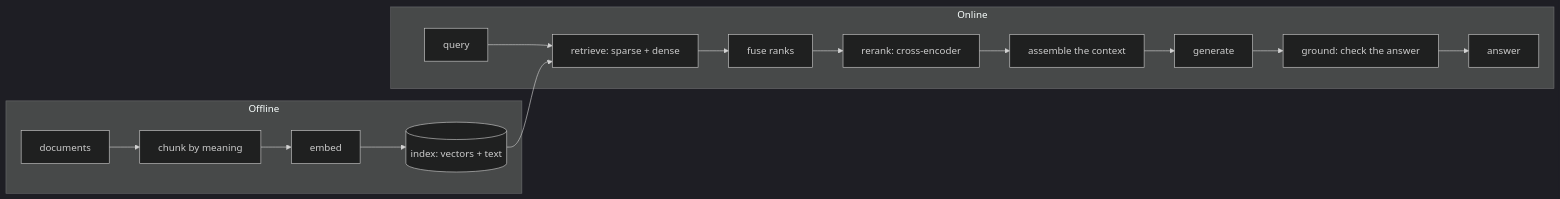
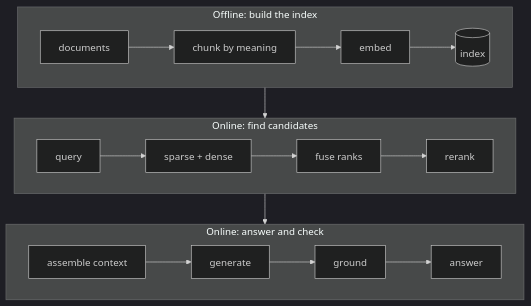
Before and after one commit to kk-engineer/robosathi: the first of 4 diagrams in content/en/docs/agentic_ai/rag.md, drawn with Mermaid (dark theme). The commit also changed other lines of this file and 19 other files, not shown here.

````diff
--- a/content/en/docs/agentic_ai/rag.md
+++ b/content/en/docs/agentic_ai/rag.md
@@ -60,10 +60,17 @@
 ```mermaid
-graph LR
-    subgraph Offline
-    D["documents"] --> C["chunk by meaning"] --> E["embed"] --> I[("index: vectors + text")]
+graph TB
+    subgraph Offline ["Offline: build the index"]
+    direction LR
+    D["documents"] --> C["chunk by meaning"] --> E["embed"] --> I[("index")]
     end
-    subgraph Online
-    Q[query] --> R["retrieve: sparse + dense"] --> F["fuse ranks"] --> RR["rerank: cross-encoder"] --> A["assemble the context"] --> G["generate"] --> GR["ground: check the answer"] --> ANS[answer]
+    subgraph Retrieve ["Online: find candidates"]
+    direction LR
+    Q[query] --> R["sparse + dense"] --> F["fuse ranks"] --> RR["rerank"]
+    end
+    subgraph Answer ["Online: answer and check"]
+    direction LR
+    A["assemble context"] --> G["generate"] --> GR["ground"] --> ANS[answer]
     end
     I --> R
+    RR --> A
 ```
````
